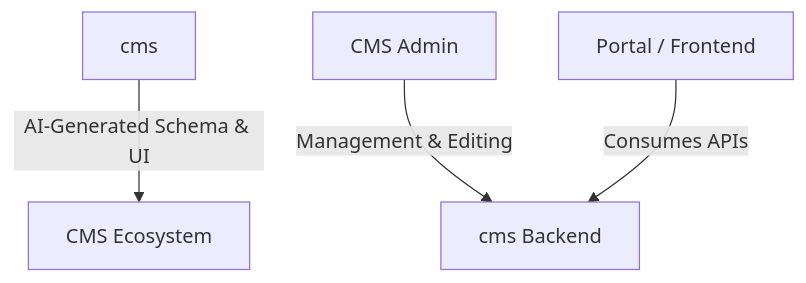
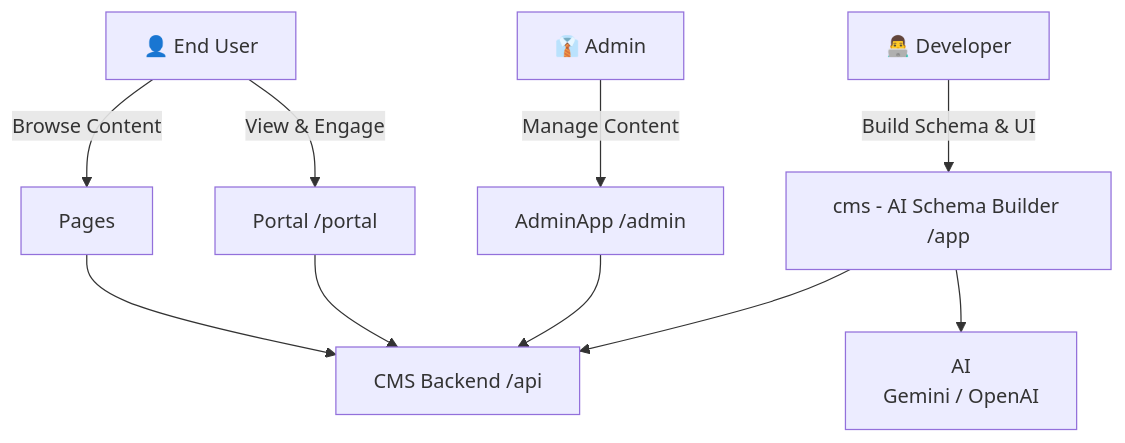
One commit to Senthil455/CMS changed the diagram in docs/wiki/Architecture.md. Above: the diagram before and after it, drawn with Mermaid. The commit also changed other lines of this file and 5 other files, not shown here.

````diff
--- a/docs/wiki/Architecture.md
+++ b/docs/wiki/Architecture.md
@@ -5,6 +5,30 @@
 ```mermaid
 graph TD
-    A[cms] -->|AI-Generated Schema & UI| B[CMS Ecosystem]
-    C[CMS Admin] -->|Management & Editing| D[cms Backend]
-    E[Portal / Frontend] -->|Consumes APIs| D
+    %% Users
+    U1[👨‍💻 Developer]
+    U2[👔 Admin]
+    U3[👤 End User]
+
+    %% User Interfaces
+    A[cms - AI Schema Builder /app]
+    C[AdminApp /admin]
+    D[Portal /portal]
+    P[Pages]
+
+    %% Backend Services
+    B[CMS Backend /api]
+    E[AI<br>Gemini / OpenAI]
+
+    %% User → UI
+    U1 -->|Build Schema & UI| A
+    U2 -->|Manage Content| C
+    U3 -->|View & Engage| D
+    U3 -->|Browse Content| P
+
+    %% UI → Backend
+    A --> B
+    A --> E
+    C --> B
+    D --> B
+    P --> B
 ```
````
